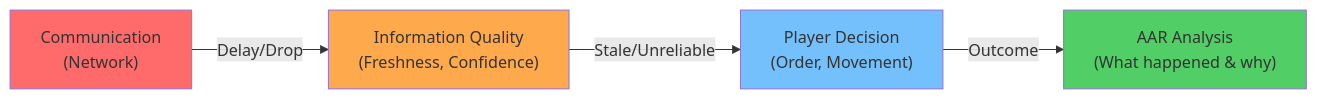
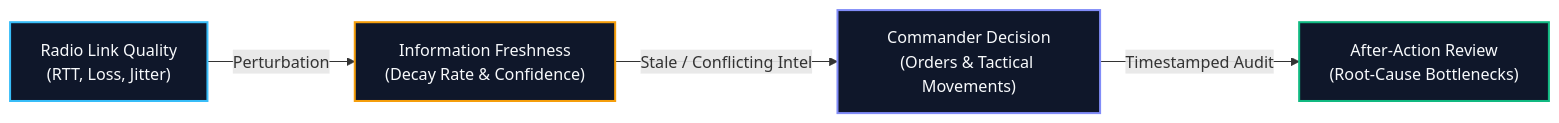
One commit to ghostknight10/SIH2 changed the first of 5 diagrams in README.md. Above: the diagram before and after it, drawn with Mermaid. The commit also changed other lines of this file and 41 other files, not shown here.

````diff
--- a/README.md
+++ b/README.md
@@ -48,11 +52,11 @@
 ```mermaid
-graph LR
-    A["Communication<br/>(Network)"] -->|Delay/Drop| B["Information Quality<br/>(Freshness, Confidence)"]
-    B -->|Stale/Unreliable| C["Player Decision<br/>(Order, Movement)"]
-    C -->|Outcome| D["AAR Analysis<br/>(What happened & why)"]
-    
-    style A fill:#ff6b6b
-    style B fill:#ffa94d
-    style C fill:#74c0fc
-    style D fill:#51cf66
+flowchart LR
+    A["Radio Link Quality<br/>(RTT, Loss, Jitter)"] -->|Perturbation| B["Information Freshness<br/>(Decay Rate & Confidence)"]
+    B -->|Stale / Conflicting Intel| C["Commander Decision<br/>(Orders & Tactical Movements)"]
+    C -->|Timestamped Audit| D["After-Action Review<br/>(Root-Cause Bottlenecks)"]
+
+    style A fill:#0f172a,stroke:#38bdf8,stroke-width:2px,color:#f8fafc
+    style B fill:#0f172a,stroke:#f59e0b,stroke-width:2px,color:#f8fafc
+    style C fill:#0f172a,stroke:#818cf8,stroke-width:2px,color:#f8fafc
+    style D fill:#0f172a,stroke:#10b981,stroke-width:2px,color:#f8fafc
 ```
````
